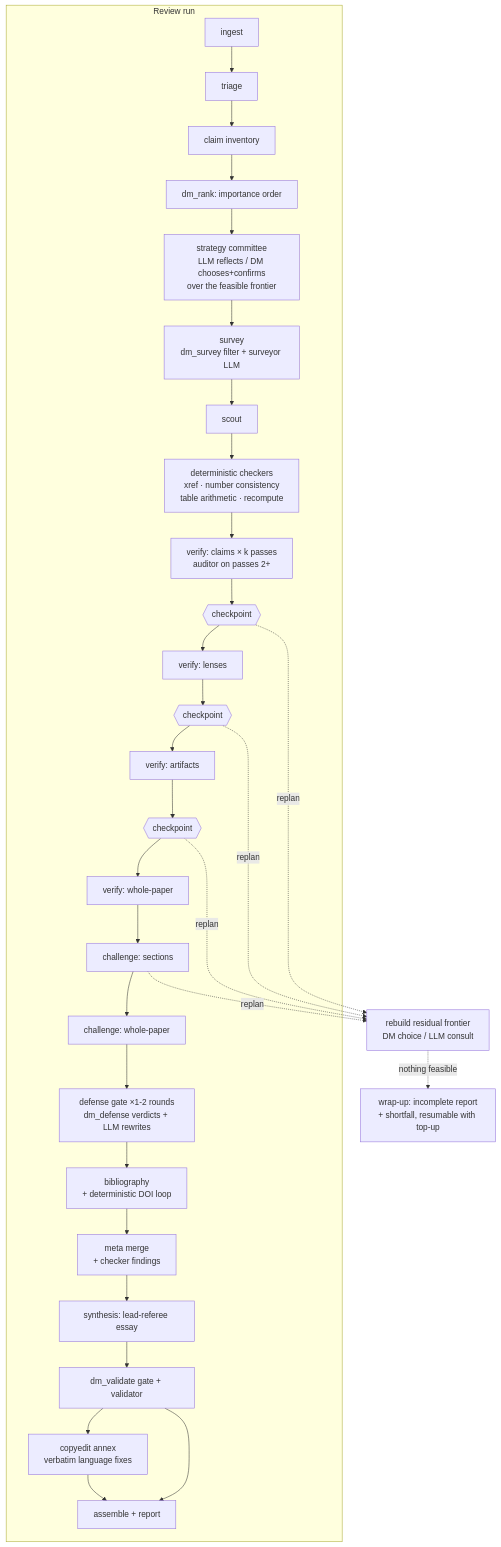
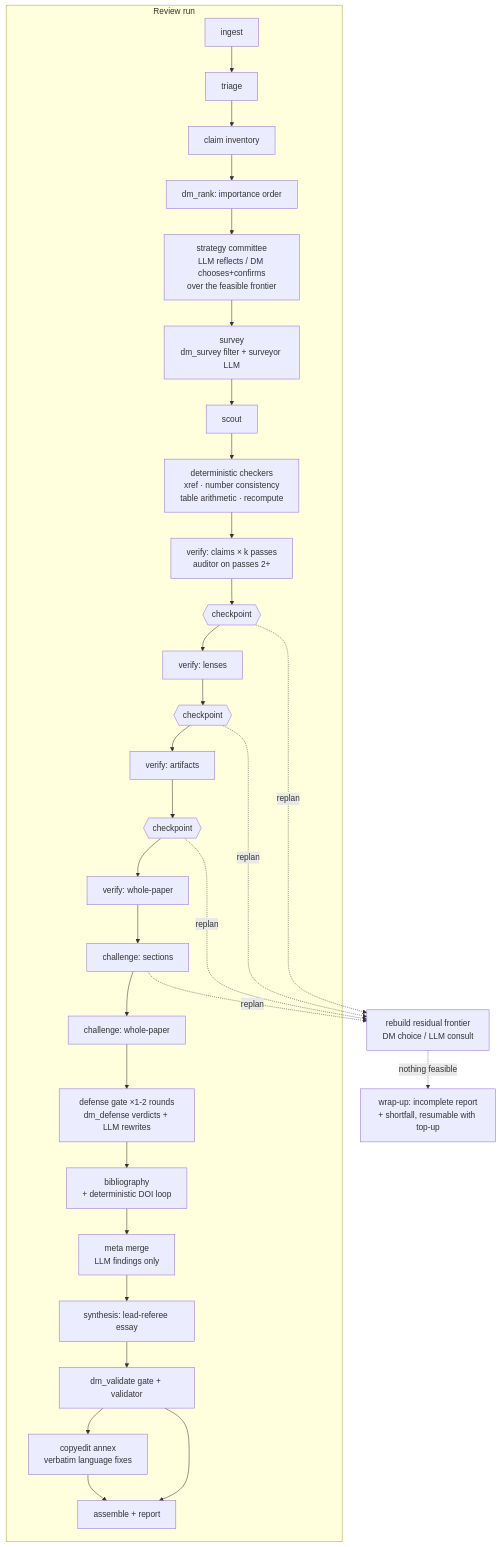
The diagram in docs/PIPELINE.md (paluigi/open-referee), drawn with Mermaid before and after one commit. The commit also changed other lines of this file and 2 other files, not shown here.

Commit message:
fix(checkers): deterministic findings bypass the LLM gates to the report
The meta merge was dissolving code-verified checker findings into prose
(RMI: 20 doi-resolution + 8 xref findings merged away, report's
Deterministic checks section empty in every full run so far). Checker
comments no longer enter the meta input; _assemble appends them after
validation with provenance intact. Provenance re-attachment now matches
against verify-stage candidates only.

````diff
--- a/docs/PIPELINE.md
+++ b/docs/PIPELINE.md
@@ -10,34 +10,34 @@
 ```mermaid
 flowchart TD
     subgraph RUN[Review run]
         ING[ingest] --> TRI[triage]
         TRI --> CLM[claim inventory]
         CLM --> RANK[dm_rank: importance order]
         RANK --> COMMIT[strategy committee<br/>LLM reflects / DM chooses+confirms<br/>over the feasible frontier]
         COMMIT --> SUR[survey<br/>dm_survey filter + surveyor LLM]
         SUR --> SCT[scout]
         SCT --> CK0[deterministic checkers<br/>xref · number consistency<br/>table arithmetic · recompute]
         CK0 --> V1[verify: claims × k passes<br/>auditor on passes 2+]
         V1 --> CK1{{checkpoint}}
         CK1 --> V2[verify: lenses]
         V2 --> CK2{{checkpoint}}
         CK2 --> V3[verify: artifacts]
         V3 --> CK3{{checkpoint}}
         CK3 --> V4[verify: whole-paper]
         V4 --> CH1[challenge: sections]
         CH1 --> CH2[challenge: whole-paper]
         CH2 --> DEF[defense gate ×1-2 rounds<br/>dm_defense verdicts + LLM rewrites]
         DEF --> BIB[bibliography<br/>+ deterministic DOI loop]
-        BIB --> META[meta merge<br/>+ checker findings]
+        BIB --> META[meta merge<br/>LLM findings only]
         META --> SYN[synthesis: lead-referee essay]
         SYN --> VAL[dm_validate gate + validator]
     VAL --> CE[copyedit annex<br/>verbatim language fixes]
     CE --> ASM[assemble + report]
         VAL --> ASM[assemble + report]
     end
     CK1 -. replan .-> RF[rebuild residual frontier<br/>DM choice / LLM consult]
     CK2 -. replan .-> RF
     CK3 -. replan .-> RF
     CH1 -. replan .-> RF
     RF -. nothing feasible .-> WU[wrap-up: incomplete report<br/>+ shortfall, resumable with top-up]
 ```
````
